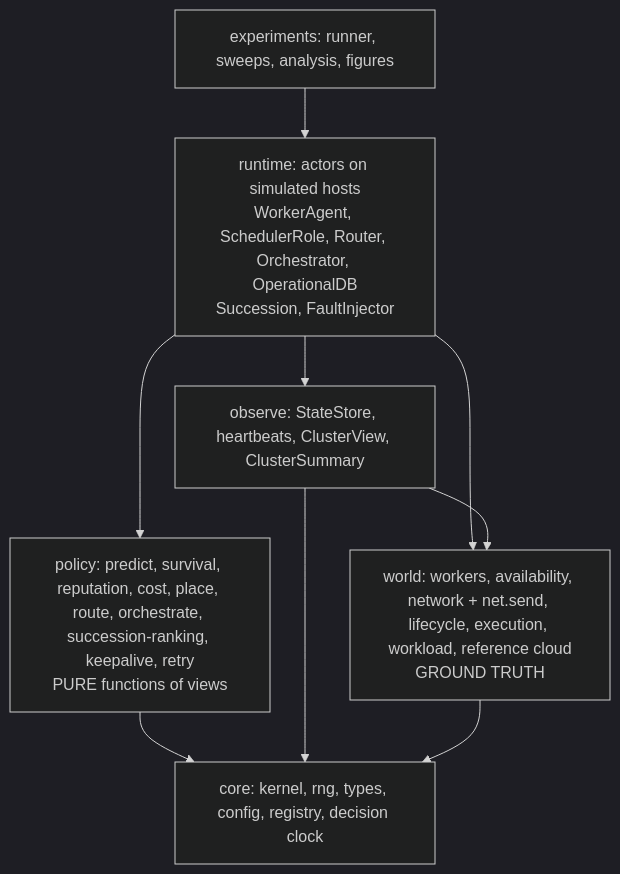
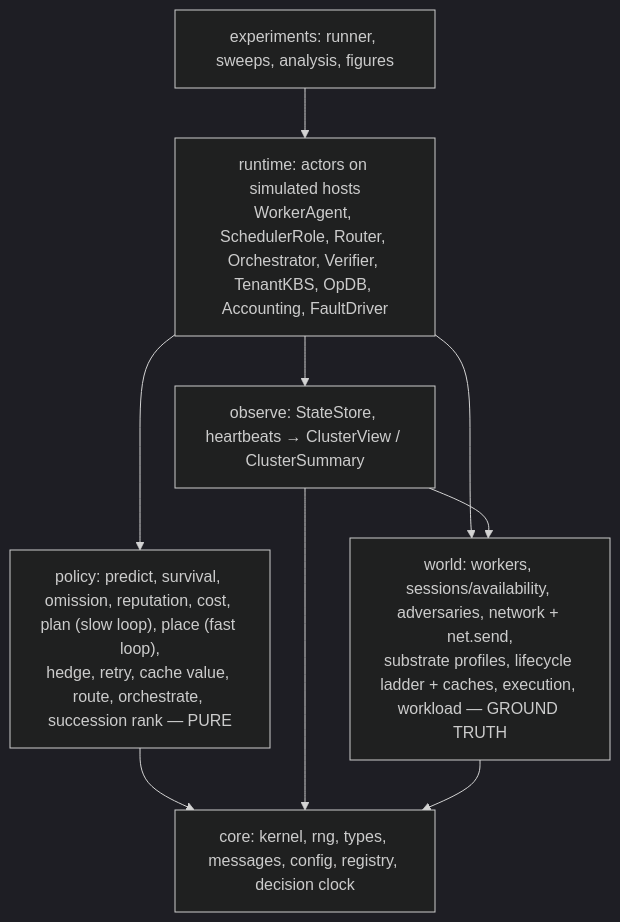
One commit to aalhadsawane/VOSS changed the first of 3 diagrams in docs/architecture/00-overview.md. Above: the diagram before and after it, drawn with Mermaid (dark theme). The commit also changed other lines of this file and 20 other files, not shown here.

First line of the commit message:
Final architecture: attested volunteer FaaS with two-timescale trust-aware scheduling

````diff
--- a/docs/architecture/00-overview.md
+++ b/docs/architecture/00-overview.md
@@ -47,12 +61,12 @@
 ```mermaid
 flowchart TD
     E[experiments: runner, sweeps, analysis, figures] --> RT
-    RT[runtime: actors on simulated hosts<br/>WorkerAgent, SchedulerRole, Router, Orchestrator, OperationalDB<br/>Succession, FaultInjector]
-    RT --> POL[policy: predict, survival, reputation, cost, place, route, orchestrate, succession-ranking, keepalive, retry<br/>PURE functions of views]
-    RT --> OBS[observe: StateStore, heartbeats, ClusterView, ClusterSummary]
-    RT --> W[world: workers, availability, network + net.send, lifecycle, execution, workload, reference cloud<br/>GROUND TRUTH]
+    RT["runtime: actors on simulated hosts<br/>WorkerAgent, SchedulerRole, Router, Orchestrator, Verifier, TenantKBS, OpDB, Accounting, FaultDriver"]
+    RT --> POL["policy: predict, survival, omission, reputation, cost, plan (slow loop), place (fast loop),<br/>hedge, retry, cache value, route, orchestrate, succession rank — PURE"]
+    RT --> OBS[observe: StateStore, heartbeats → ClusterView / ClusterSummary]
+    RT --> W["world: workers, sessions/availability, adversaries, network + net.send,<br/>substrate profiles, lifecycle ladder + caches, execution, workload — GROUND TRUTH"]
     OBS --> W
     POL --> CORE
     OBS --> CORE
-    W --> CORE[core: kernel, rng, types, config, registry, decision clock]
+    W --> CORE["core: kernel, rng, types, messages, config, registry, decision clock"]
 ```
````
